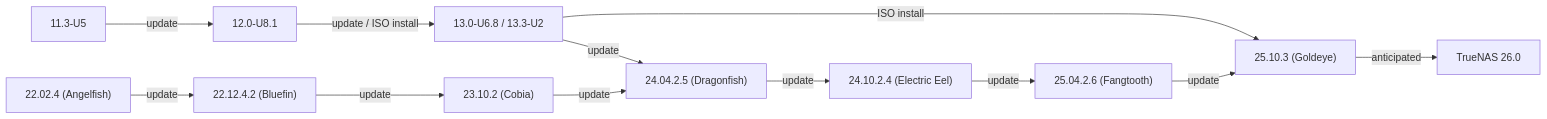
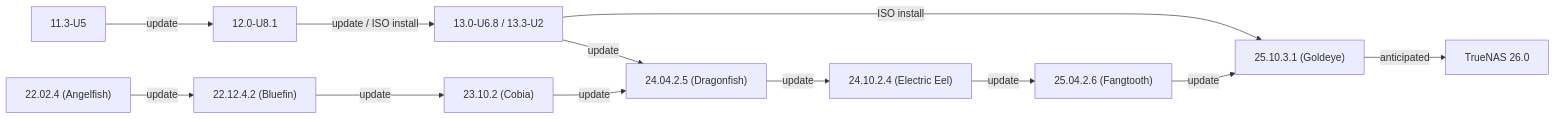
Before and after one commit to truenas/documentation: the first of 2 diagrams in static/includes/SCALEUpgradePaths.md, drawn with Mermaid. The commit also changed other lines of this file, not shown here.

```diff
--- a/static/includes/SCALEUpgradePaths.md
+++ b/static/includes/SCALEUpgradePaths.md
@@ -21,15 +21,15 @@
             {{< mermaid class="mermaid_sizing" >}}
             flowchart LR
               A["11.3-U5"] -->|update| B["12.0-U8.1"]
               B -->|"update / ISO install"| C["13.0-U6.8 / 13.3-U2"]
               C -->|update| G
               C -->|ISO install| J
               D["22.02.4 (Angelfish)"] -->|update| E
               E["22.12.4.2 (Bluefin)"] -->|update| F
               F["23.10.2 (Cobia)"] -->|update| G
               G["24.04.2.5 (Dragonfish)"] -->|update| H
               H["24.10.2.4 (Electric Eel)"] -->|update| I
               I["25.04.2.6 (Fangtooth)"] -->|update| J
-              J["25.10.3 (Goldeye)"] -->|"anticipated"| K
+              J["25.10.3.1 (Goldeye)"] -->|"anticipated"| K
               K["TrueNAS 26.0"]
             {{< /mermaid >}}
```
